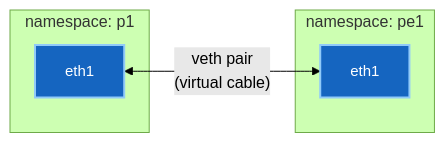
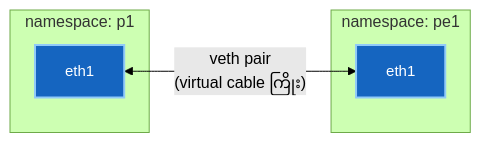
The diagram in docs/getting-started/how-the-lab-works.my.md (etherhtun/netforge-labs), drawn with Mermaid (forest theme) before and after one commit. The commit also changed other lines of this file, not shown here.

Commit message:
docs(getting-started): refine how-the-lab-works.my.md with native Burmese systems architecture clarity

````diff
--- a/docs/getting-started/how-the-lab-works.my.md
+++ b/docs/getting-started/how-the-lab-works.my.md
@@ -18,12 +26,12 @@
 ```mermaid
 graph LR
     subgraph NS1["namespace: p1"]
       A["eth1"]
     end
     subgraph NS2["namespace: pe1"]
       B["eth1"]
     end
-    A <-->|"veth pair<br/>(virtual cable)"| B
+    A <-->|"veth pair<br/>(virtual cable ကြိုး)"| B
     classDef ns fill:#1565c0,stroke:#90caf9,color:#ffffff,stroke-width:2px,font-size:15px;
     class A,B ns;
 ```
````
